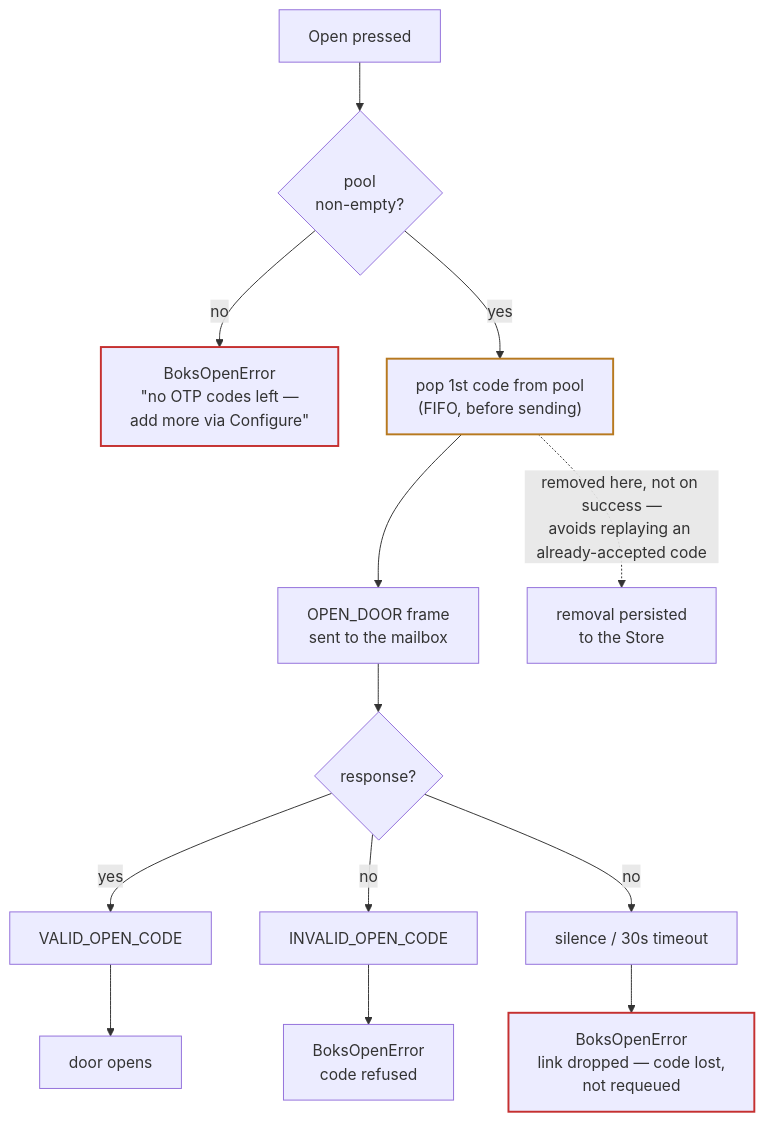
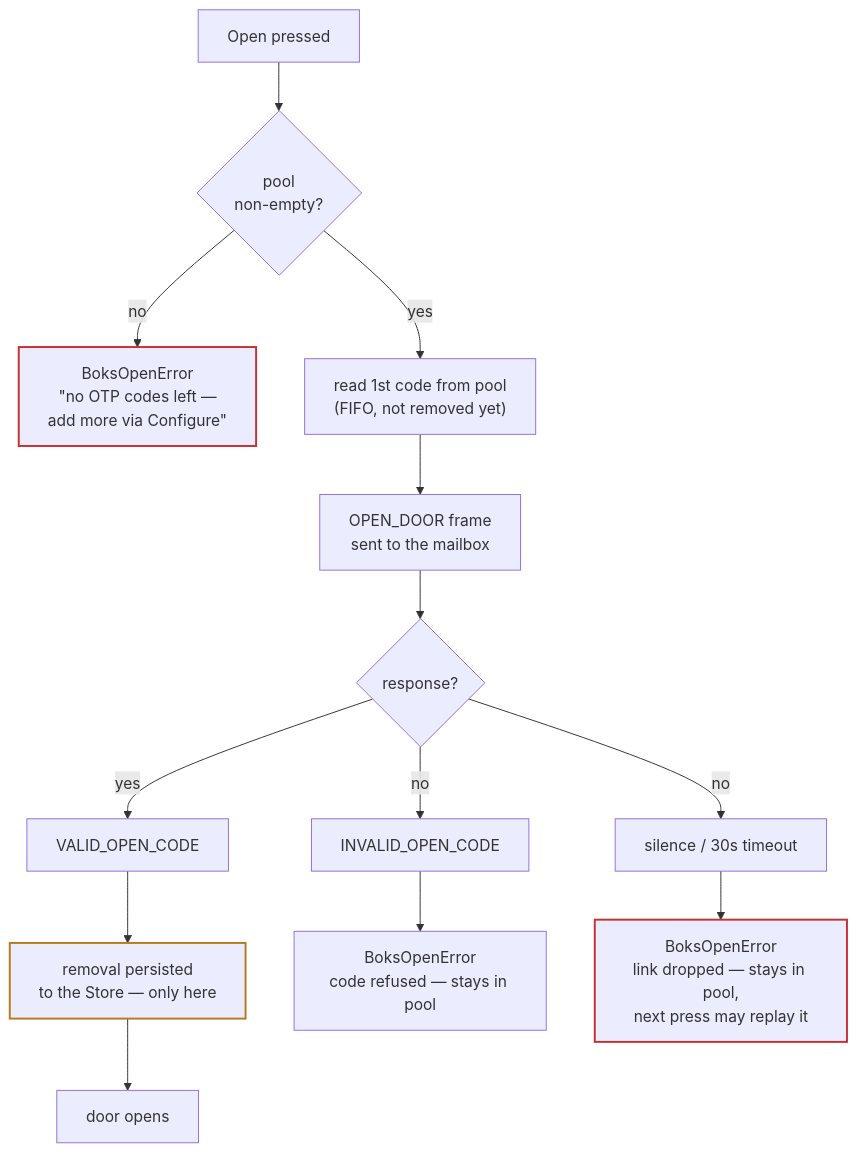
Before and after one commit to kamahat/skob-ha: the second of 2 diagrams in TODO.md, drawn with Mermaid. The commit also changed other lines of this file and 1 other file, not shown here.

First line of the commit message:
docs(todo): OTP removal happens on confirmed use, not on send

````diff
--- a/TODO.md
+++ b/TODO.md
@@ -243,33 +243,30 @@
 ```mermaid
 flowchart TD
     press["Open pressed"]
     check{"pool<br/>non-empty?"}
     empty["BoksOpenError<br/>&quot;no OTP codes left —<br/>add more via Configure&quot;"]
 
-    pop["pop 1st code from pool<br/>(FIFO, before sending)"]
+    peek["read 1st code from pool<br/>(FIFO, not removed yet)"]
     send["OPEN_DOOR frame<br/>sent to the mailbox"]
 
     resp{"response?"}
     valid["VALID_OPEN_CODE"]
     invalid["INVALID_OPEN_CODE"]
     timeout["silence / 30s timeout"]
 
-    committed["removal persisted<br/>to the Store"]
+    committed["removal persisted<br/>to the Store — only here"]
     doorOpen["door opens"]
-    fail["BoksOpenError<br/>code refused"]
-    failAmbig["BoksOpenError<br/>link dropped — code lost,<br/>not requeued"]
+    fail["BoksOpenError<br/>code refused — stays in pool"]
+    failAmbig["BoksOpenError<br/>link dropped — stays in pool,<br/>next press may replay it"]
 
     press --> check
     check -- no --> empty
-    check -- yes --> pop
-    pop --> send
-    pop -. "removed here, not on success —<br/>avoids replaying an already-accepted code" .-> committed
-    send --> resp
-    resp -- yes --> valid --> doorOpen
+    check -- yes --> peek --> send --> resp
+    resp -- yes --> valid --> committed --> doorOpen
     resp -- no --> invalid --> fail
     resp -- no --> timeout --> failAmbig
 
-    style pop stroke:#b7791f,stroke-width:2px
+    style committed stroke:#b7791f,stroke-width:2px
     style empty stroke:#c53030,stroke-width:2px
     style failAmbig stroke:#c53030,stroke-width:2px
 ```
````
